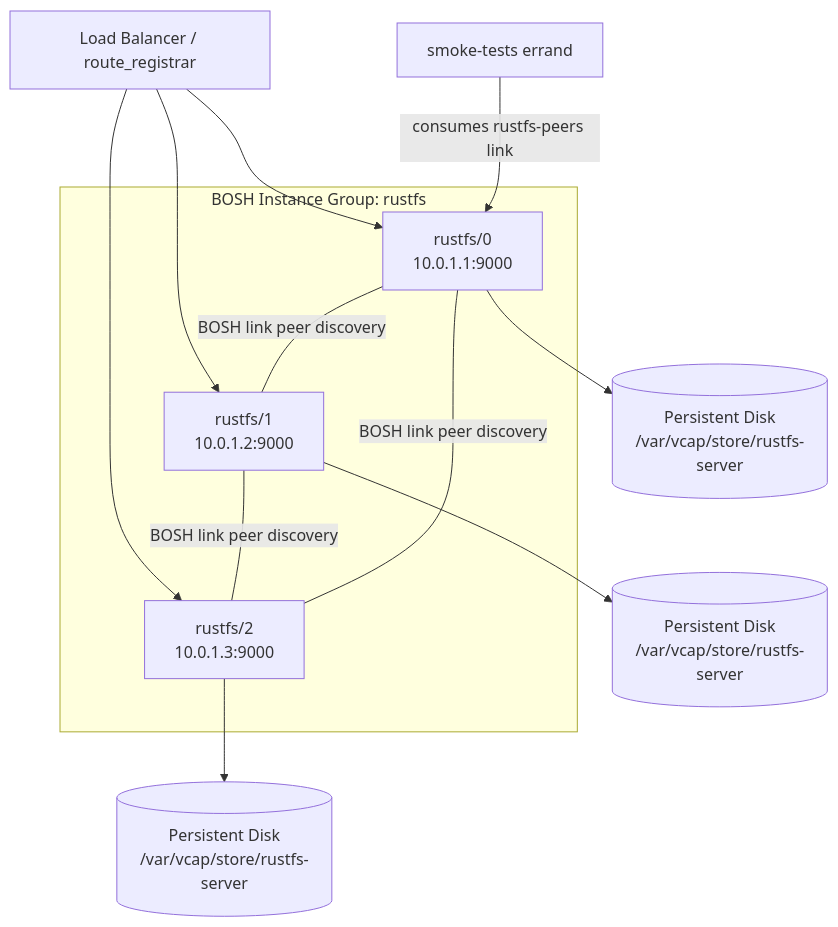
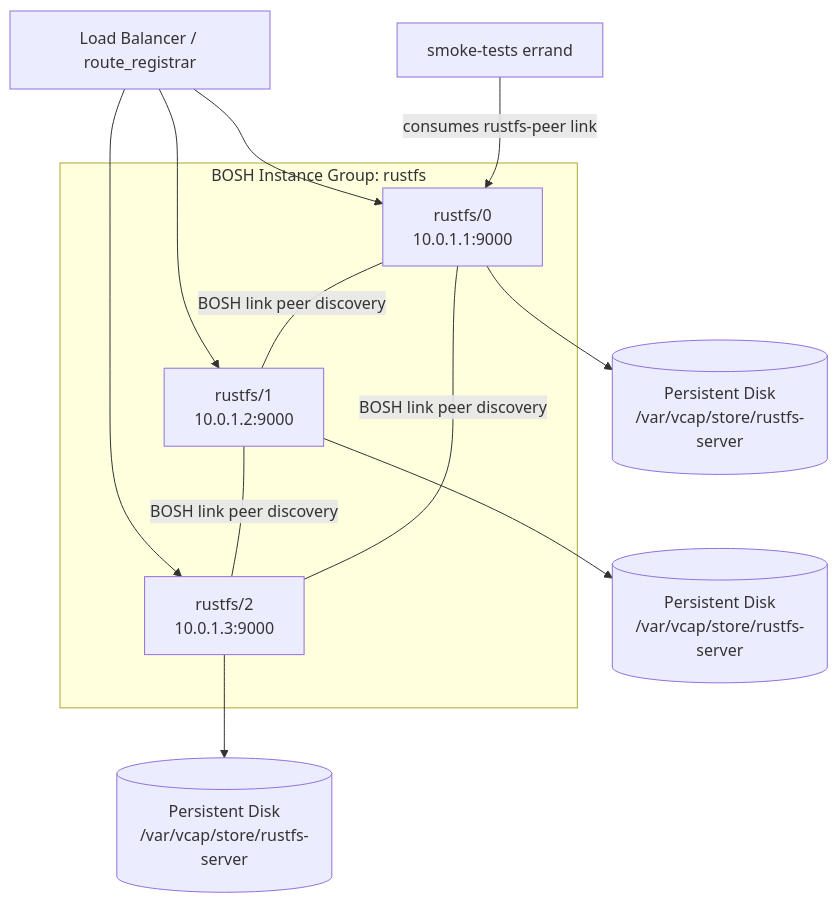
The diagram in README.md (cloudfoundry-community/rustfs-boshrelease), drawn with Mermaid before and after one commit. The commit also changed other lines of this file and 19 other files, not shown here.

````diff
--- a/README.md
+++ b/README.md
@@ -176,22 +164,22 @@
 ```mermaid
 graph TD
     LB[Load Balancer / route_registrar] --> N1
     LB --> N2
     LB --> N3
 
     subgraph BOSH Instance Group: rustfs
         N1[rustfs/0\n10.0.1.1:9000]
         N2[rustfs/1\n10.0.1.2:9000]
         N3[rustfs/2\n10.0.1.3:9000]
     end
 
     N1 -- BOSH link peer discovery --- N2
     N2 -- BOSH link peer discovery --- N3
     N3 -- BOSH link peer discovery --- N1
 
     N1 --> D1[(Persistent Disk\n/var/vcap/store/rustfs-server)]
     N2 --> D2[(Persistent Disk\n/var/vcap/store/rustfs-server)]
     N3 --> D3[(Persistent Disk\n/var/vcap/store/rustfs-server)]
 
-    E[smoke-tests errand] -- consumes rustfs-peers link --> N1
+    E[smoke-tests errand] -- consumes rustfs-peer link --> N1
 ```
````
